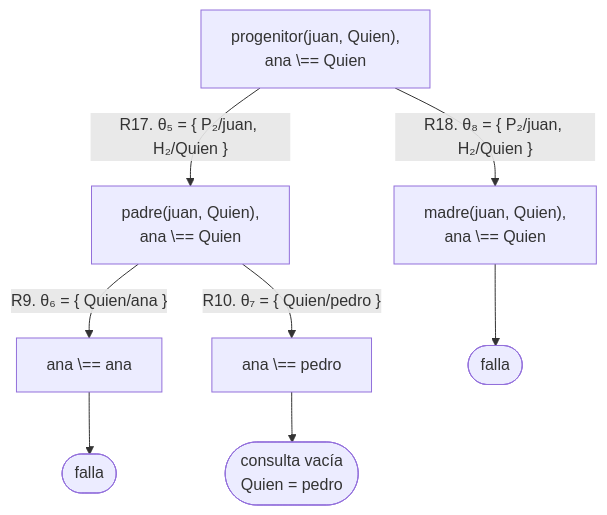
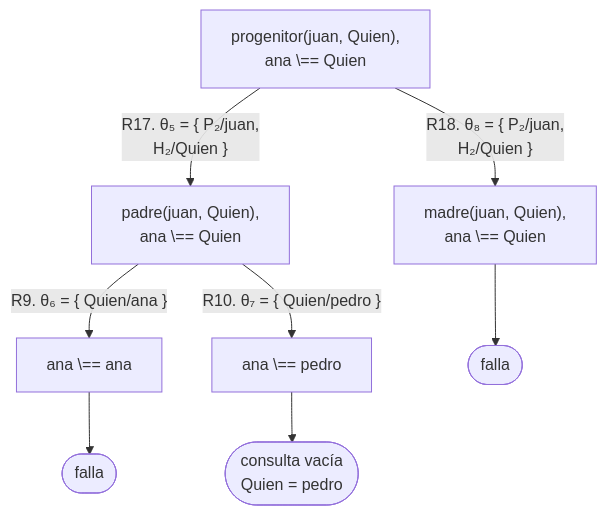
The third of 6 diagrams in docs/capitulo-03-reglas-y-conjunciones/soluciones.md (CesarBallardini/curso-de-prolog), drawn with Mermaid before and after one commit. The commit also changed other lines of this file and 24 other files, not shown here.

First line of the commit message:
feat(docs): botones para ocultar las columnas laterales y etiquetas cortas en los diagramas

````diff
--- a/docs/capitulo-03-reglas-y-conjunciones/soluciones.md
+++ b/docs/capitulo-03-reglas-y-conjunciones/soluciones.md
@@ -220,11 +220,11 @@
 ```mermaid
 flowchart TD
     G["progenitor(juan, Quien),<br/>ana \== Quien"]
-    G -- "R17. θ₅ = {&nbsp;P₂/juan, H₂/Quien&nbsp;}" --> I["padre(juan, Quien),<br/>ana \== Quien"]
-    G -- "R18. θ₈ = {&nbsp;P₂/juan, H₂/Quien&nbsp;}" --> J["madre(juan, Quien),<br/>ana \== Quien"]
+    G -- "R17. θ₅ = {&nbsp;P₂/juan,<br/>H₂/Quien&nbsp;}" --> I["padre(juan, Quien),<br/>ana \== Quien"]
+    G -- "R18. θ₈ = {&nbsp;P₂/juan,<br/>H₂/Quien&nbsp;}" --> J["madre(juan, Quien),<br/>ana \== Quien"]
     I -- "R9. θ₆ = {&nbsp;Quien/ana&nbsp;}" --> K["ana \== ana"]
     I -- "R10. θ₇ = {&nbsp;Quien/pedro&nbsp;}" --> L["ana \== pedro"]
     K --> F1(["falla"])
     L --> S1(["consulta vacía<br/>Quien = pedro"])
     J --> F2(["falla"])
 ```
````
